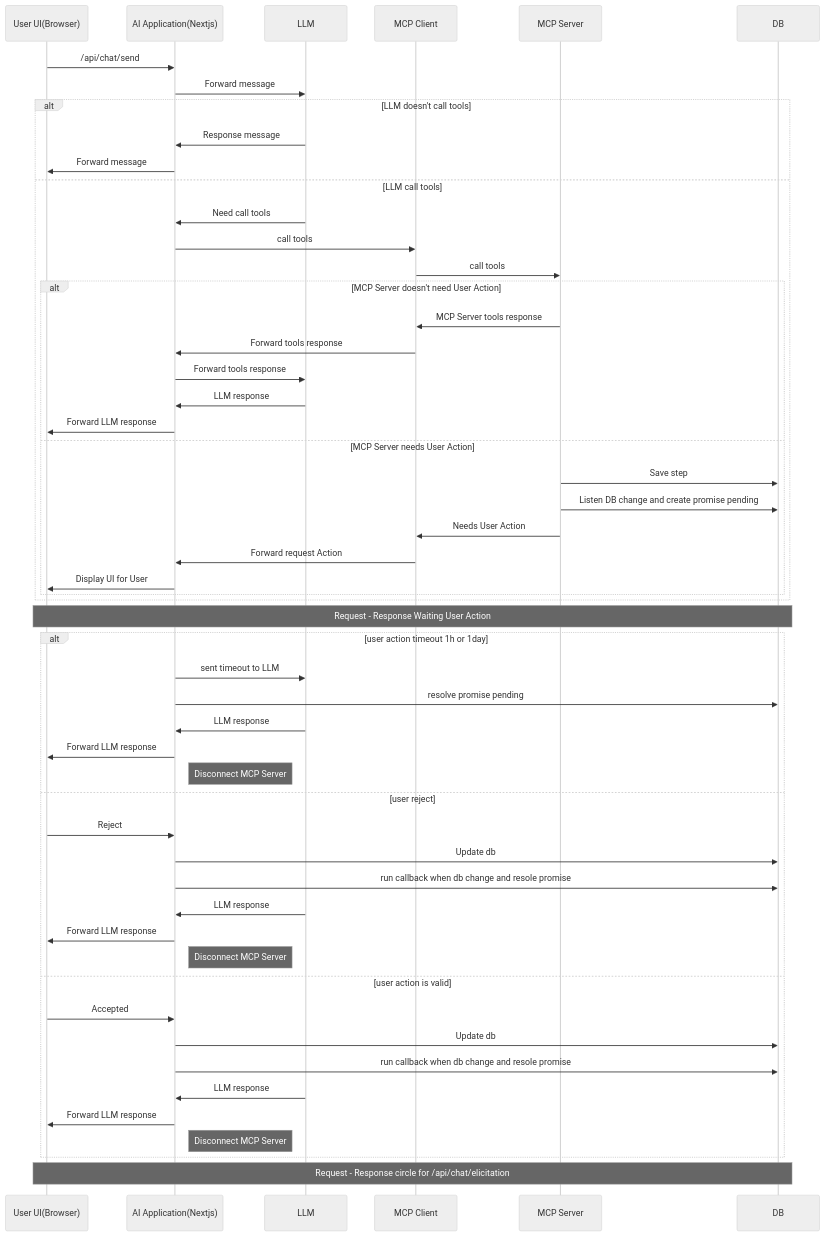
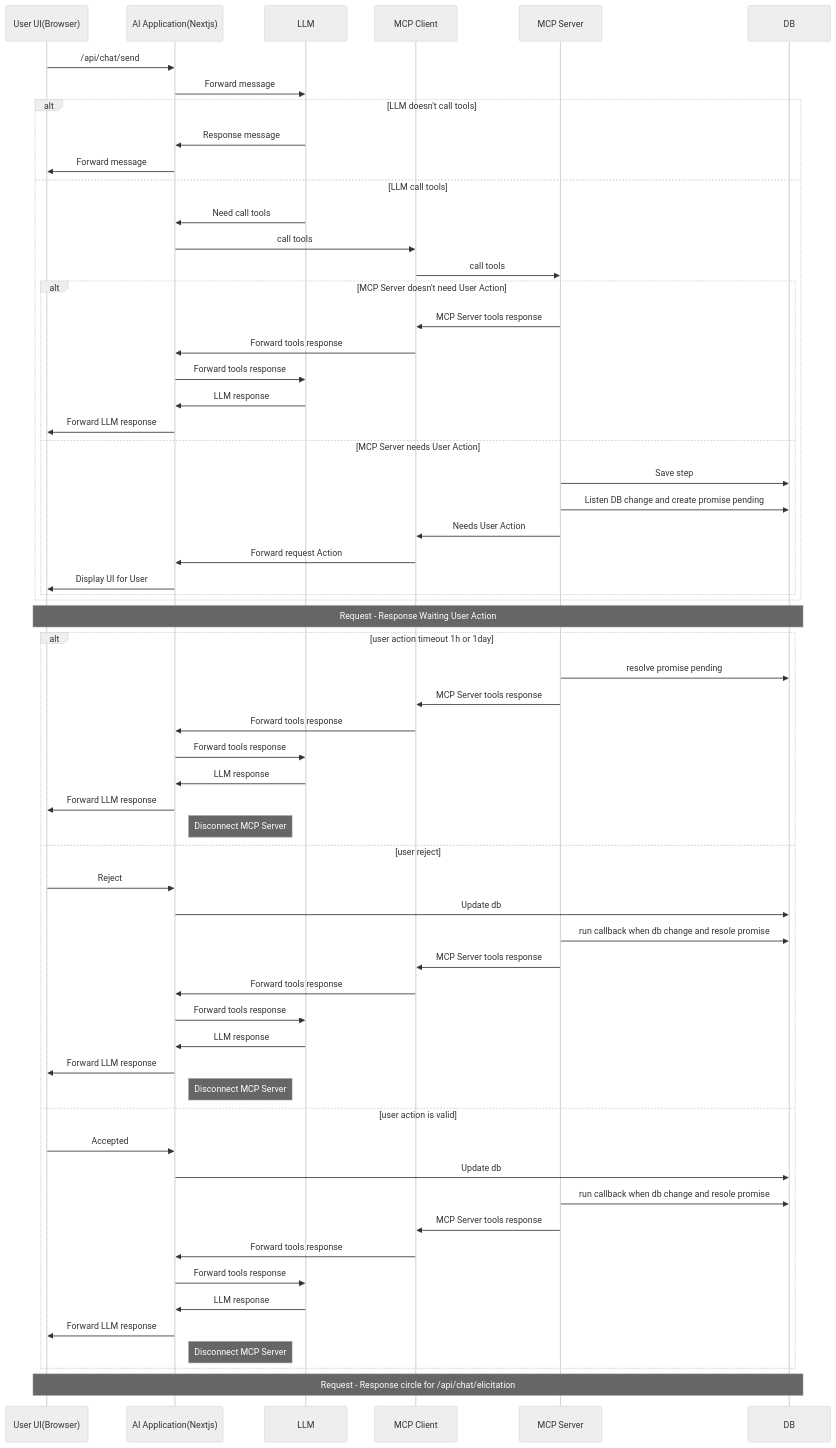
One commit to lehung1109/chatbot-groq changed the second of 2 diagrams in README.md. Above: the diagram before and after it, drawn with Mermaid (neutral theme).

Commit message:
Refactor README.md to update flow diagram for user action handling in the application. Replace references to Application with MCP Server for clarity in the interaction process, ensuring accurate representation of the system architecture.

````diff
--- a/README.md
+++ b/README.md
@@ -120,52 +120,60 @@
 ```mermaid
 sequenceDiagram
     participant User as User UI(Browser)
     participant Application as AI Application(Nextjs)
 
     User->>Application:/api/chat/send
     Application->>LLM:Forward message
     alt LLM doesn't call tools
         LLM->>Application:Response message
         Application->>User:Forward message
     else LLM call tools
         LLM->>Application:Need call tools
         Application->>MCP Client:call tools
         MCP Client->>MCP Server: call tools
         alt MCP Server doesn't need User Action
             MCP Server->>MCP Client:MCP Server tools response
             MCP Client->>Application:Forward tools response
             Application->>LLM:Forward tools response
             LLM->>Application:LLM response
             Application->>User:Forward LLM response
         else MCP Server needs User Action
             MCP Server->>DB:Save step
             MCP Server->>DB:Listen DB change and create promise pending
             MCP Server->>MCP Client:Needs User Action
             MCP Client->>Application:Forward request Action
             Application->>User:Display UI for User
         end
     end
     Note over User,DB: Request - Response Waiting User Action
     alt user action timeout 1h or 1day
-        Application->>LLM:sent timeout to LLM
-        Application->>DB:resolve promise pending
+        MCP Server->>DB:resolve promise pending
+        MCP Server->>MCP Client:MCP Server tools response
+        MCP Client->>Application:Forward tools response
+        Application->>LLM:Forward tools response
         LLM->>Application:LLM response
         Application->>User:Forward LLM response
         Note right of Application:Disconnect MCP Server
     else user reject
         User->>Application:Reject
         Application->>DB:Update db
-        Application->>DB:run callback when db change and resole promise
+        MCP Server->>DB:run callback when db change and resole promise
+        MCP Server->>MCP Client:MCP Server tools response
+        MCP Client->>Application:Forward tools response
+        Application->>LLM:Forward tools response
         LLM->>Application:LLM response
         Application->>User:Forward LLM response
         Note right of Application:Disconnect MCP Server
     else user action is valid
         User->>Application:Accepted
         Application->>DB:Update db
-        Application->>DB:run callback when db change and resole promise
+        MCP Server->>DB:run callback when db change and resole promise
+        MCP Server->>MCP Client:MCP Server tools response
+        MCP Client->>Application:Forward tools response
+        Application->>LLM:Forward tools response
         LLM->>Application:LLM response
         Application->>User:Forward LLM response
         Note right of Application:Disconnect MCP Server
     end
     Note over User,DB: Request - Response circle for /api/chat/elicitation
 ```
````
